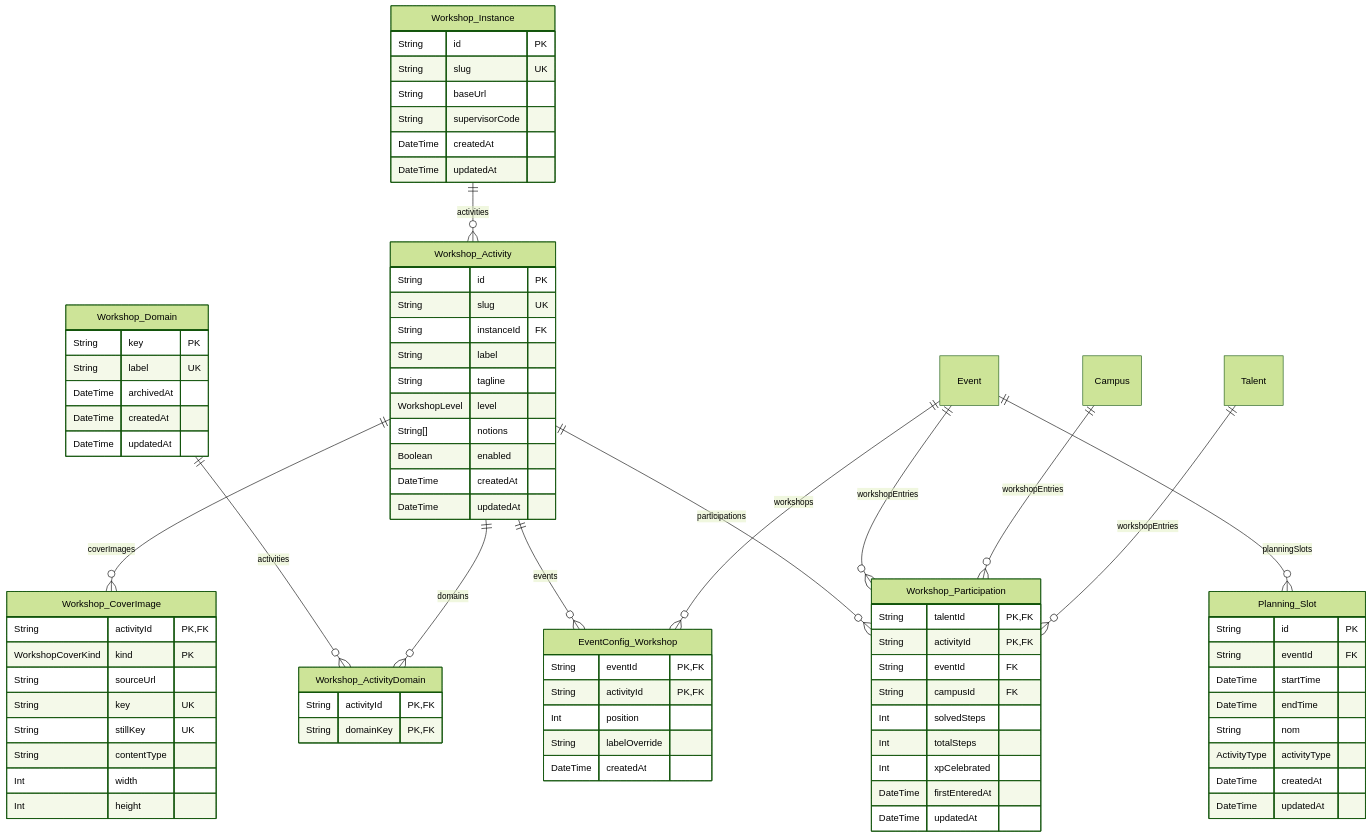
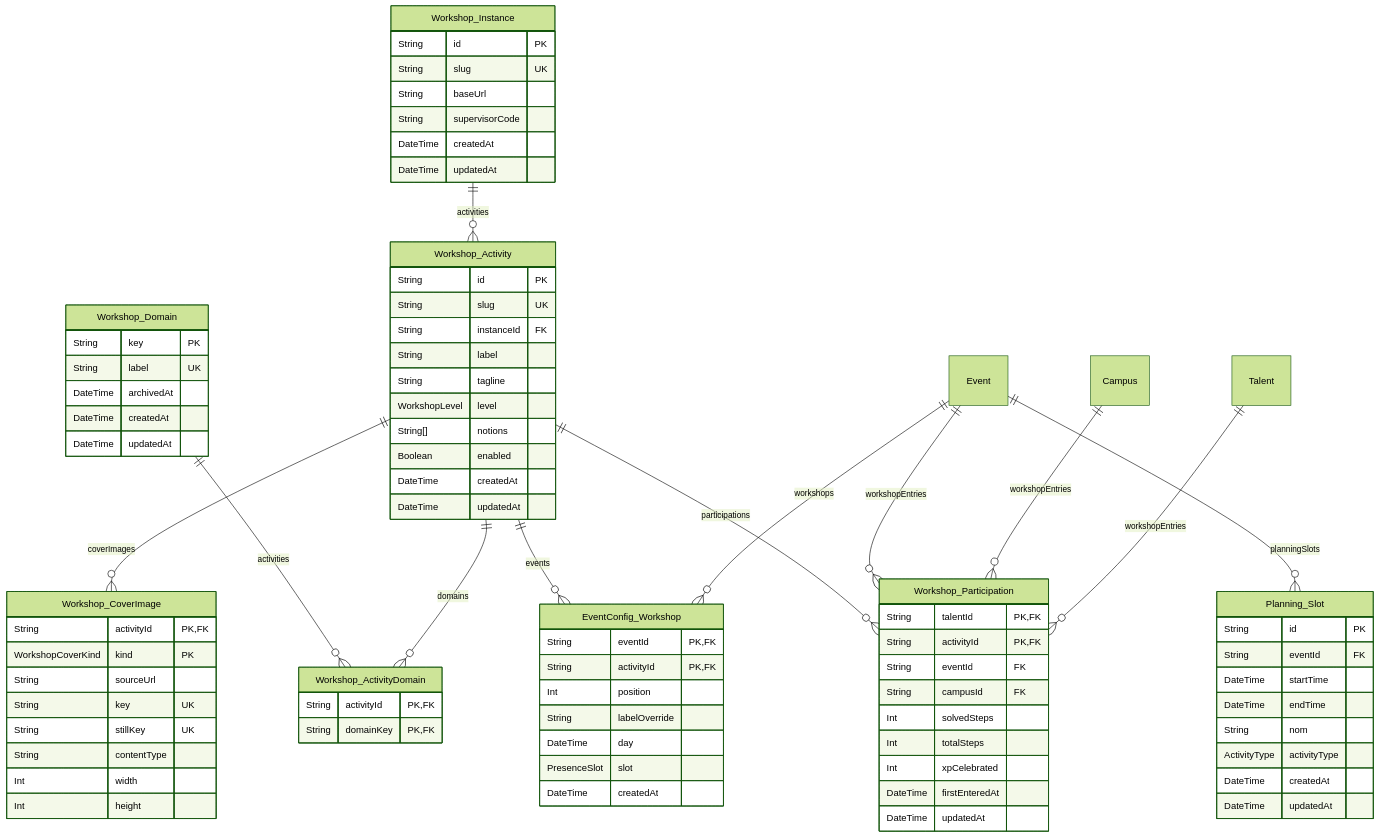
Before and after one commit to Manta-Epitech-Academy/jump: the fifth of 13 diagrams in frontend/docs/database.md, drawn with Mermaid (forest theme). The commit also changed other lines of this file and 16 other files, not shown here.

```diff
--- a/frontend/docs/database.md
+++ b/frontend/docs/database.md
@@ -617,6 +619,8 @@
     String activityId PK,FK
     Int position
     String labelOverride
+    DateTime day
+    PresenceSlot slot
     DateTime createdAt
   }
   Workshop_Participation {
```
